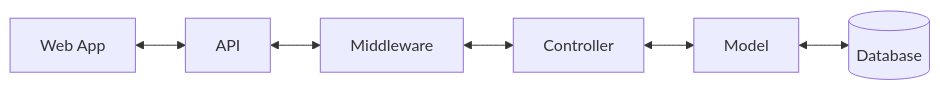
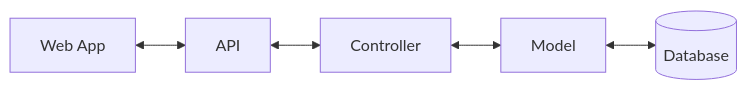
Before and after one commit to cooper-gadd/bug-tracker: the diagram in README.md, drawn with Mermaid. The commit also changed other lines of this file, not shown here.

Commit message:
more updates

````diff
--- a/README.md
+++ b/README.md
@@ -18,8 +18,7 @@
 ```mermaid
 graph LR
     A[Web App] <--> B[API]
-    B <--> C[Middleware]
-    C <--> D[Controller]
-    D <--> E[Model]
-    E <--> F[(Database)]
+    B <--> C[Controller]
+    C <--> D[Model]
+    D <--> E[(Database)]
 ```
````
